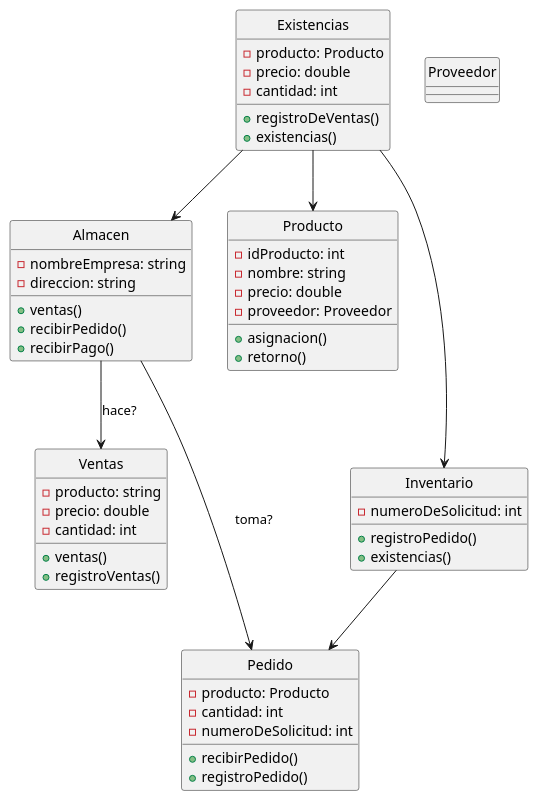
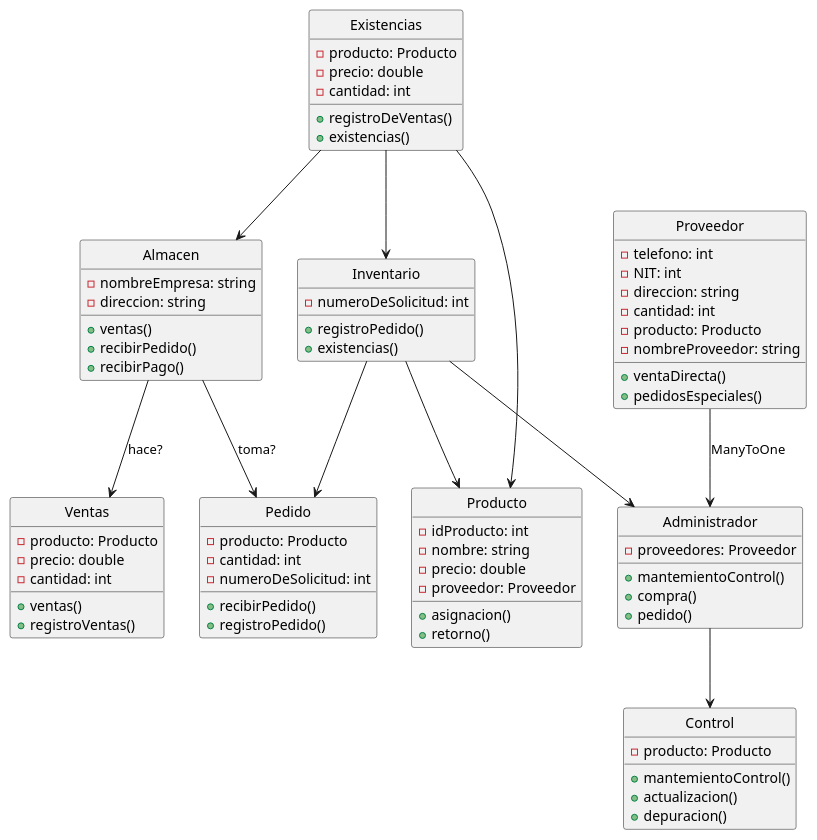
One commit to emiestevarena/Integrador2 changed the diagram in Trabajo_en_grupo.plantuml. Above: the diagram before and after it, drawn with PlantUML. The commit also changed 2 other files, not shown here.

Commit message:
diagrama listo

```diff
--- a/Trabajo_en_grupo.plantuml
+++ b/Trabajo_en_grupo.plantuml
@@ -1,60 +1,87 @@
 @startuml latercera
 skinparam  Style strictuml
 skinparam  SequenceMessageAlignment center
 
 class Ventas{
-    - producto: string
+    - producto: Producto
     - precio: double
     - cantidad: int
     +ventas()
     +registroVentas()
 }
 
 class Almacen{
     - nombreEmpresa: string
     - direccion: string
     +ventas()
     +recibirPedido()
     +recibirPago()
 }
 
 class Pedido{
     - producto: Producto
     - cantidad: int
     - numeroDeSolicitud: int
     +recibirPedido()
     +registroPedido()
 }
 
 class Existencias{
     -producto: Producto
     -precio: double
     -cantidad: int
     +registroDeVentas()
     +existencias()
 }
 
 class Producto{
     -idProducto: int
     -nombre: string
     -precio: double
     -proveedor: Proveedor
     +asignacion()
     +retorno()
 }
 
 class Inventario{
     -numeroDeSolicitud: int
     +registroPedido()
     +existencias()
 }
 
-class Proveedor{}
+class Proveedor{
+    -telefono: int
+    -NIT: int
+    -direccion: string
+    -cantidad: int
+    -producto: Producto
+    -nombreProveedor: string
+    +ventaDirecta()
+    +pedidosEspeciales()
+}
+
+class Administrador{
+    -proveedores: Proveedor
+    +mantemientoControl()
+    +compra()
+    +pedido()
+}
+
+class Control{
+    -producto: Producto
+    +mantemientoControl()
+    +actualizacion()
+    +depuracion()
+}
 
 Almacen-->Ventas: hace?
 Almacen-->Pedido: toma?
 Existencias-->Almacen
 Existencias-->Producto
 Inventario-->Pedido
-Existencias--->Inventario
+Inventario-->Producto
+Existencias-->Inventario
+Proveedor-->Administrador: ManyToOne
+Inventario-->Administrador
+Administrador-->Control
 @enduml
```
